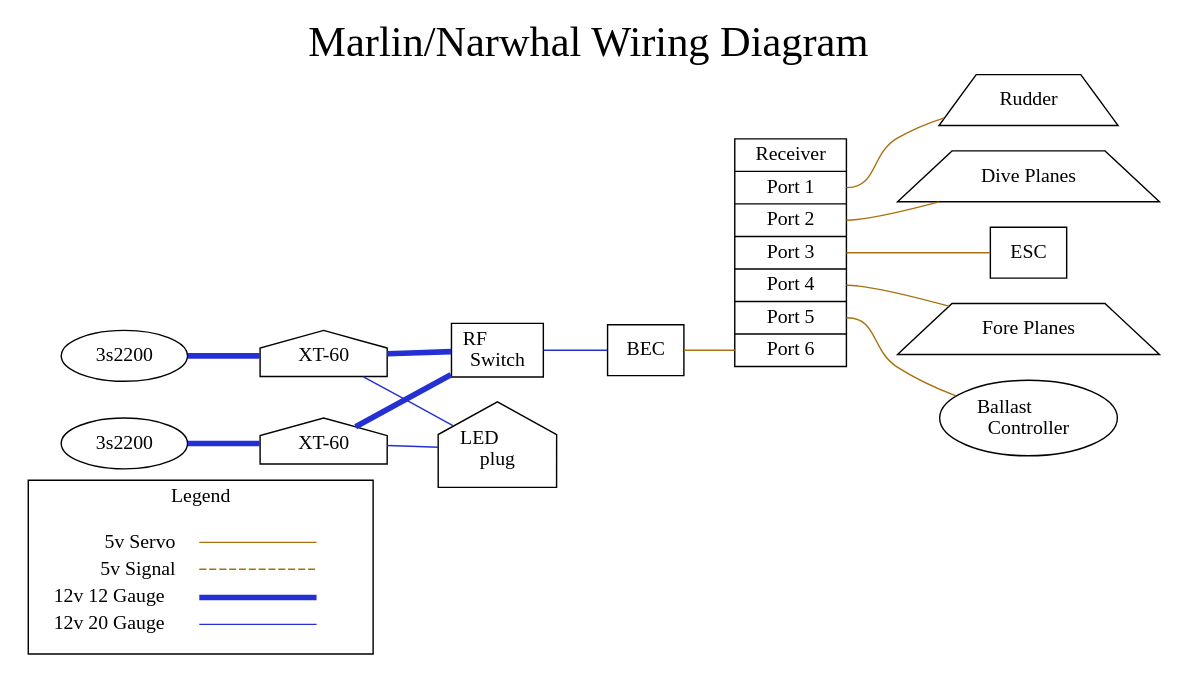
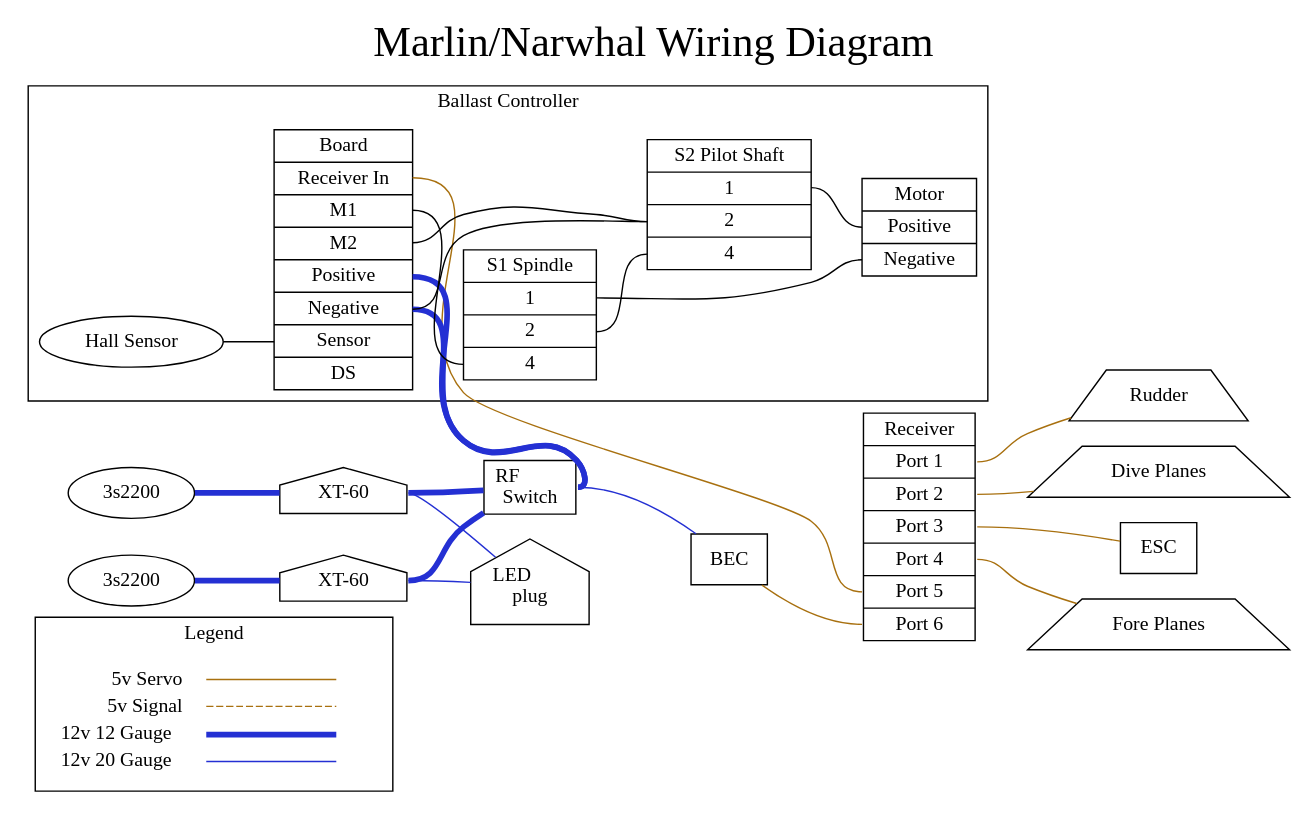
The diagram in graphviz/marlin.dot (jobobert/The-Hangar), drawn with Graphviz before and after one commit. The commit also changed 12 other files, not shown here.

Commit message:
Add more diagramming functionality

```diff
--- a/graphviz/marlin.dot
+++ b/graphviz/marlin.dot
@@ -1,73 +1,94 @@
 graph model {
     rankdir = LR;
     
     
     // Legend
     subgraph cluster_legend {
         label = "Legend";
         node [shape = plaintext;];
         key [label = <<table border="0" cellpadding="2" cellspacing="0" cellborder="0">
             <tr><td align="right" port="i1">5v Servo</td></tr>
             <tr><td align="right" port="i2">5v Signal</td></tr>
             <tr><td align="right" port="i3">12v 12 Gauge</td></tr>
             <tr><td align="right" port="i4">12v 20 Gauge</td></tr>
             </table>>;];
         key2 [label = <<table border="0" cellpadding="2" cellspacing="0" cellborder="0">
             <tr><td port="i1">&nbsp;</td></tr>
             <tr><td port="i2">&nbsp;</td></tr>
             <tr><td port="i3">&nbsp;</td></tr>
             <tr><td port="i4">&nbsp;</td></tr>
             </table>>;];
         key:i1:e -- key2:i1:w [color = "#a8700f";];
         key:i2:e -- key2:i2:w [color = "#a8700f"; style = dashed;];
         key:i3:e -- key2:i3:w [color = "#2430d3"; penwidth = 4;];
         key:i4:e -- key2:i4:w [color = "#2430d3"; pendwidth = 2;];
     }
     
     
     // Nodes
     "conn_1" [label = "XT-60";shape = "house";];
     "conn_2" [label = "XT-60";shape = "house";];
     "sw_1" [label = "RF\lSwitch";shape = "rect";];
     "led" [label = "LED\lplug";shape = "house";];
     "esc" [label = "ESC";shape = "rect";];
     "rudder_servo" [label = "Rudder";shape = "trapezium";];
-    "ballast" [label = "Ballast\lController";];
     "dive_plane_servo" [label = "Dive Planes";shape = "trapezium";];
     "fore_plane_servo" [label = "Fore Planes";shape = "trapezium";];
     "batt_1" [label = "3s2200";];
     "batt_2" [label = "3s2200";];
     "bec" [label = "BEC";shape = "rect";];
     "receiver" [label = "<f0>Receiver | <f1>Port 1 | <f2>Port 2 | <f3>Port 3 | <f4>Port 4 | <f5>Port 5 | <f6>Port 6";shape = "record";];
     
+    subgraph cluster_ballast {
+        label = "Ballast Controller";
+        "board" [shape="record";label = "Board | <f0>Receiver In | <f1>M1 | <f2>M2 | <pos>Positive | <neg>Negative | <sen>Sensor | <ds>DS";];
+        "motor" [shape="record";label = "Motor |<pos>Positive | <neg>Negative ";];
+        "sensor" [label = "Hall Sensor";];
+        "sw_b1" [shape="record" label = "S1 Spindle | <f1>1 |<f2>2 |<f4>4";];
+        "sw_b2" [shape="record" label = "S2 Pilot Shaft | <f1>1 |<f2>2 |<f4>4";];
+
+        board:f1 -- sw_b1:f4
+        board:f2 -- sw_b2:f2
+        sw_b1:f2 -- sw_b2:f4
+        sw_b1:f1 -- motor:neg
+        sw_b2:f1 -- motor:pos
+        sw_b2:f2 -- board:neg
+        
+        sensor -- board:sen
+        //board:f0 -- receiver:f5
+    }
+    
     // Edges
     
     batt_1 -- conn_1 [color = "#2430d3"; penwidth = 4;];
     batt_2 -- conn_2 [color = "#2430d3"; penwidth = 4;];
     
-    conn_1 -- sw_1 [color = "#2430d3"; penwidth = 4;];
-    conn_2 -- sw_1 [color = "#2430d3"; penwidth = 4;];
+    conn_1:e -- sw_1 [color = "#2430d3"; penwidth = 4;];
+    conn_2:e -- sw_1 [color = "#2430d3"; penwidth = 4;];
     
-    conn_1 -- led [color = "#2430d3";];
-    conn_2 -- led [color = "#2430d3";];
+    conn_1:e -- led [color = "#2430d3";];
+    conn_2:e -- led [color = "#2430d3";];
     
-    sw_1 -- bec [color = "#2430d3";];
+    sw_1:e -- bec [color = "#2430d3";];
     
     bec -- receiver:f6 [color = "#a8700f";];
     
     receiver:f1:e -- rudder_servo [color = "#a8700f";];
     
     receiver:f2:e -- dive_plane_servo [color = "#a8700f";];
     
     receiver:f3:e -- esc [color = "#a8700f";];
     
     receiver:f4:e -- fore_plane_servo [color = "#a8700f";];
     
-    receiver:f5:e -- ballast [color = "#a8700f";];
+    receiver:f5 -- board:f0 [color = "#a8700f";];
+    
+    board:neg -- sw_1:e [color = "#2430d3"; penwidth = 4;];
+    board:pos -- sw_1:e [color = "#2430d3"; penwidth = 4;];
     
     
     // Title
     fontsize = 30;
     label = "Marlin/Narwhal Wiring Diagram";
     labelloc = "t";
 }
```
